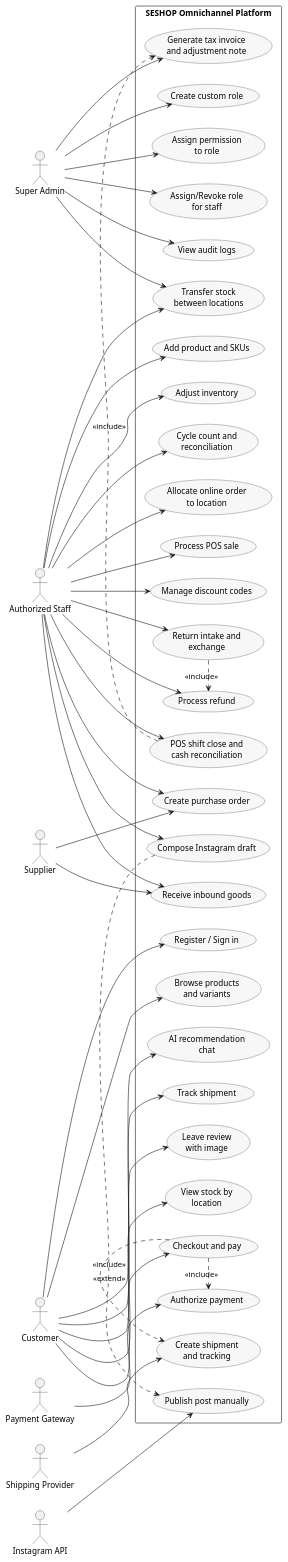
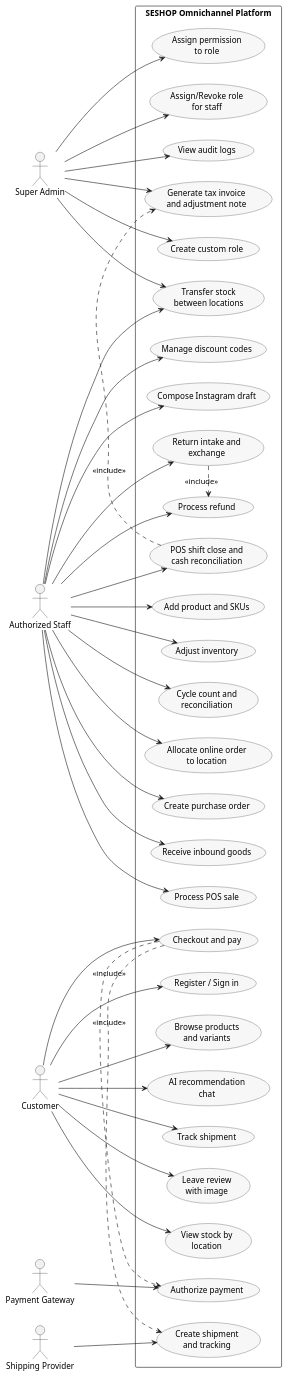
Before and after one commit to dieuxuanhien/SeShop: the diagram in docs/2. Diagrams/usecase-diagram.puml, drawn with PlantUML. The commit also changed 23 other files, not shown here.

```diff
--- a/docs/2. Diagrams/usecase-diagram.puml
+++ b/docs/2. Diagrams/usecase-diagram.puml
@@ -1,94 +1,86 @@
 @startuml
 left to right direction
 skinparam packageStyle rectangle
 skinparam usecase {
   BackgroundColor #f7f7f7
   BorderColor #333333
 }
 
 actor "Super Admin" as SuperAdmin
 actor "Authorized Staff" as Staff
 actor Customer
-actor Supplier
 actor "Payment Gateway" as PaymentGateway
 actor "Shipping Provider" as ShippingProvider
-actor "Instagram API" as InstagramAPI
 
 rectangle "SESHOP Omnichannel Platform" {
   usecase "Register / Sign in" as UC_Auth
   usecase "Browse products\nand variants" as UC_Browse
   usecase "AI recommendation\nchat" as UC_AI
   usecase "Checkout and pay" as UC_Checkout
   usecase "Track shipment" as UC_Track
   usecase "Leave review\nwith image" as UC_Review
   usecase "View stock by\nlocation" as UC_ViewStock
 
   usecase "Create custom role" as UC_RoleCreate
   usecase "Assign permission\nto role" as UC_RolePerm
   usecase "Assign/Revoke role\nfor staff" as UC_UserRole
   usecase "View audit logs" as UC_Audit
 
   usecase "Add product and SKUs" as UC_Product
   usecase "Adjust inventory" as UC_Adjust
   usecase "Transfer stock\nbetween locations" as UC_Transfer
   usecase "Cycle count and\nreconciliation" as UC_Cycle
   usecase "Allocate online order\nto location" as UC_Allocate
   usecase "Create purchase order" as UC_PO
   usecase "Receive inbound goods" as UC_GRN
 
   usecase "Process POS sale" as UC_POS
   usecase "POS shift close and\ncash reconciliation" as UC_POSClose
   usecase "Return intake and\nexchange" as UC_Return
   usecase "Process refund" as UC_Refund
   usecase "Generate tax invoice\nand adjustment note" as UC_Invoice
 
   usecase "Manage discount codes" as UC_Discount
   usecase "Compose Instagram draft" as UC_IGDraft
 
   usecase "Authorize payment" as UC_PaymentGateway
   usecase "Create shipment\nand tracking" as UC_ShipmentGateway
-  usecase "Publish post manually" as UC_IGPublish
 }
 
 Customer --> UC_Auth
 Customer --> UC_Browse
 Customer --> UC_AI
 Customer --> UC_Checkout
 Customer --> UC_Track
 Customer --> UC_Review
 Customer --> UC_ViewStock
 
 SuperAdmin --> UC_RoleCreate
 SuperAdmin --> UC_RolePerm
 SuperAdmin --> UC_UserRole
 SuperAdmin --> UC_Audit
 SuperAdmin --> UC_Transfer
 SuperAdmin --> UC_Invoice
 
 Staff --> UC_Product
 Staff --> UC_Adjust
 Staff --> UC_Transfer
 Staff --> UC_Cycle
 Staff --> UC_PO
 Staff --> UC_GRN
 Staff --> UC_Allocate
 Staff --> UC_POS
 Staff --> UC_POSClose
 Staff --> UC_Return
 Staff --> UC_Refund
 Staff --> UC_Discount
 Staff --> UC_IGDraft
 
-Supplier --> UC_PO
-Supplier --> UC_GRN
-
 UC_Checkout .> UC_PaymentGateway : <<include>>
 UC_Checkout .> UC_ShipmentGateway : <<include>>
 UC_Return .> UC_Refund : <<include>>
 UC_POSClose .> UC_Invoice : <<include>>
-UC_IGDraft .> UC_IGPublish : <<extend>>
 
 PaymentGateway --> UC_PaymentGateway
 ShippingProvider --> UC_ShipmentGateway
-InstagramAPI --> UC_IGPublish
 @enduml
```
